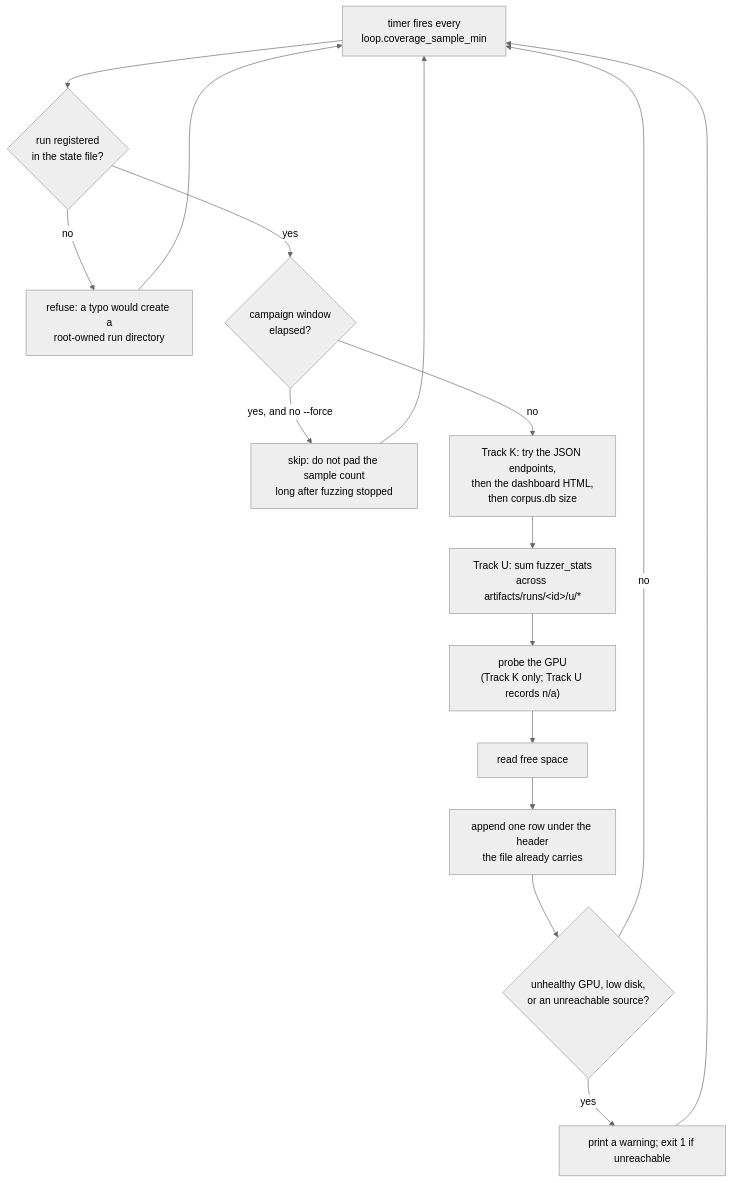
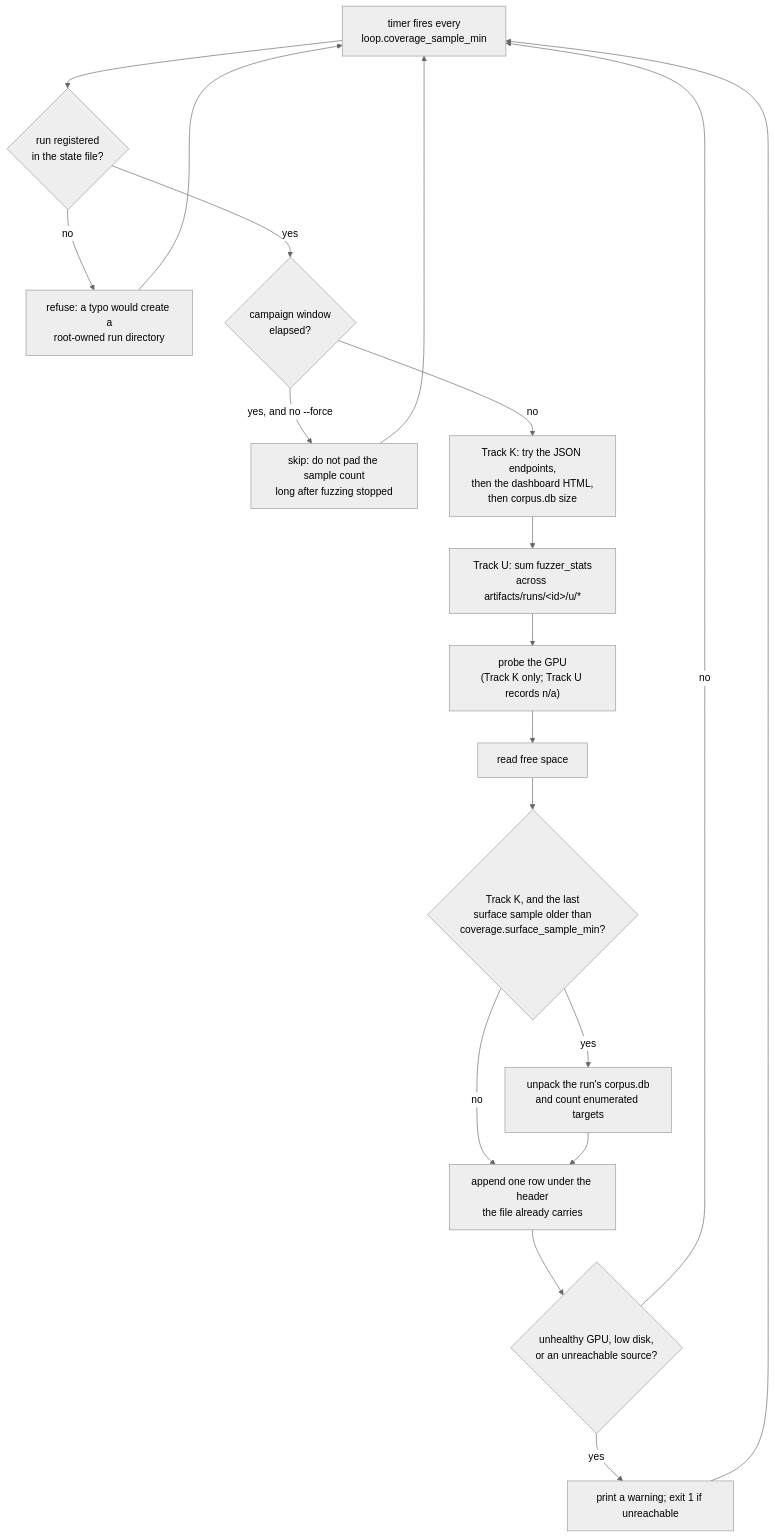
One commit to Indspl0it/gspwn changed the fifth of 10 diagrams in docs/src/content/docs/architecture/loops.md. Above: the diagram before and after it, drawn with Mermaid (neutral theme). The commit also changed other lines of this file and 247 other files, not shown here.

First line of the commit message:
Measure the enumerated command surface and steer the loop on it

````diff
--- a/docs/src/content/docs/architecture/loops.md
+++ b/docs/src/content/docs/architecture/loops.md
@@ -214,18 +226,21 @@
 ```mermaid
 flowchart TB
   T["timer fires every<br/>loop.coverage_sample_min"] --> REG{"run registered<br/>in the state file?"}
   REG -->|no| REF["refuse: a typo would create a<br/>root-owned run directory"]
   REG -->|yes| FIN{"campaign window<br/>elapsed?"}
   FIN -->|"yes, and no --force"| SKIP["skip: do not pad the sample count<br/>long after fuzzing stopped"]
   FIN -->|no| CK["Track K: try the JSON endpoints,<br/>then the dashboard HTML,<br/>then corpus.db size"]
   CK --> CU["Track U: sum fuzzer_stats<br/>across artifacts/runs/&lt;id&gt;/u/*"]
   CU --> GPU["probe the GPU<br/>(Track K only; Track U records n/a)"]
   GPU --> DISK["read free space"]
-  DISK --> APP["append one row under the header<br/>the file already carries"]
+  DISK --> SD{"Track K, and the last<br/>surface sample older than<br/>coverage.surface_sample_min?"}
+  SD -->|yes| SURF["unpack the run's corpus.db<br/>and count enumerated targets"]
+  SD -->|no| APP
+  SURF --> APP["append one row under the header<br/>the file already carries"]
   APP --> WARN{"unhealthy GPU, low disk,<br/>or an unreachable source?"}
   WARN -->|yes| W["print a warning; exit 1 if unreachable"]
   WARN -->|no| T
   W --> T
   SKIP --> T
   REF --> T
 ```
````
